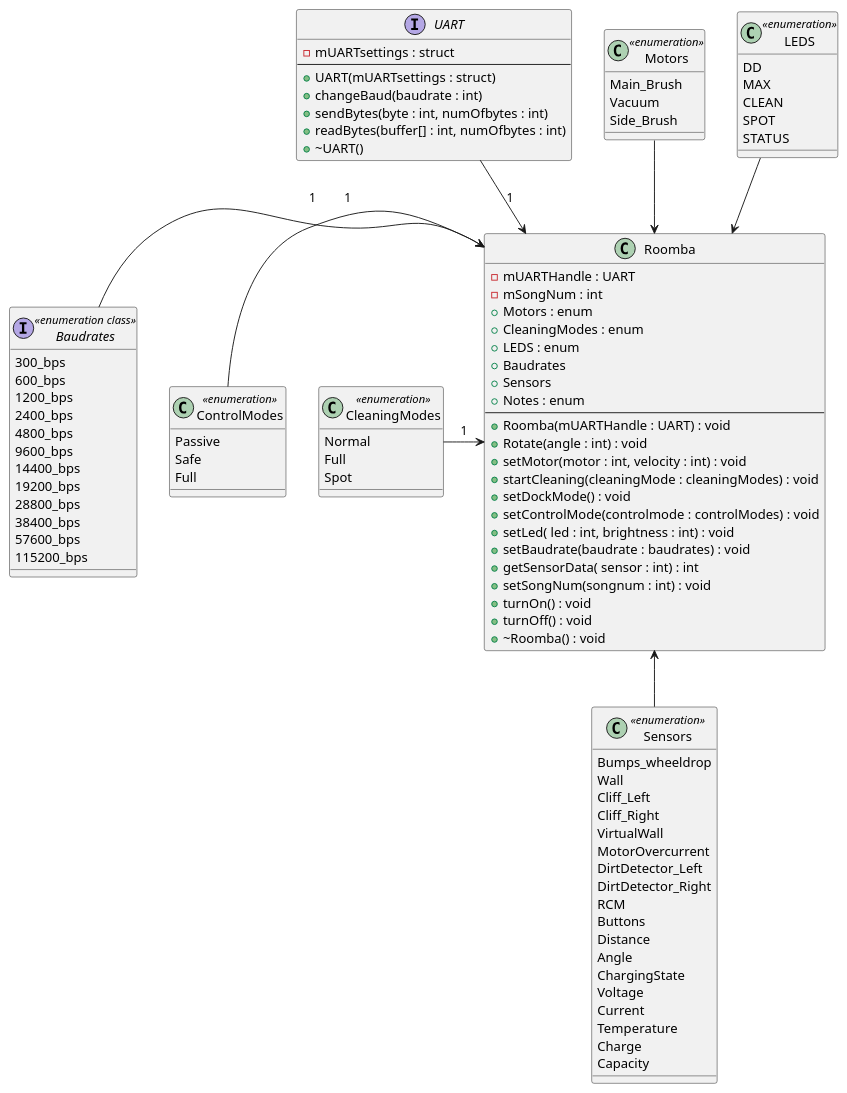
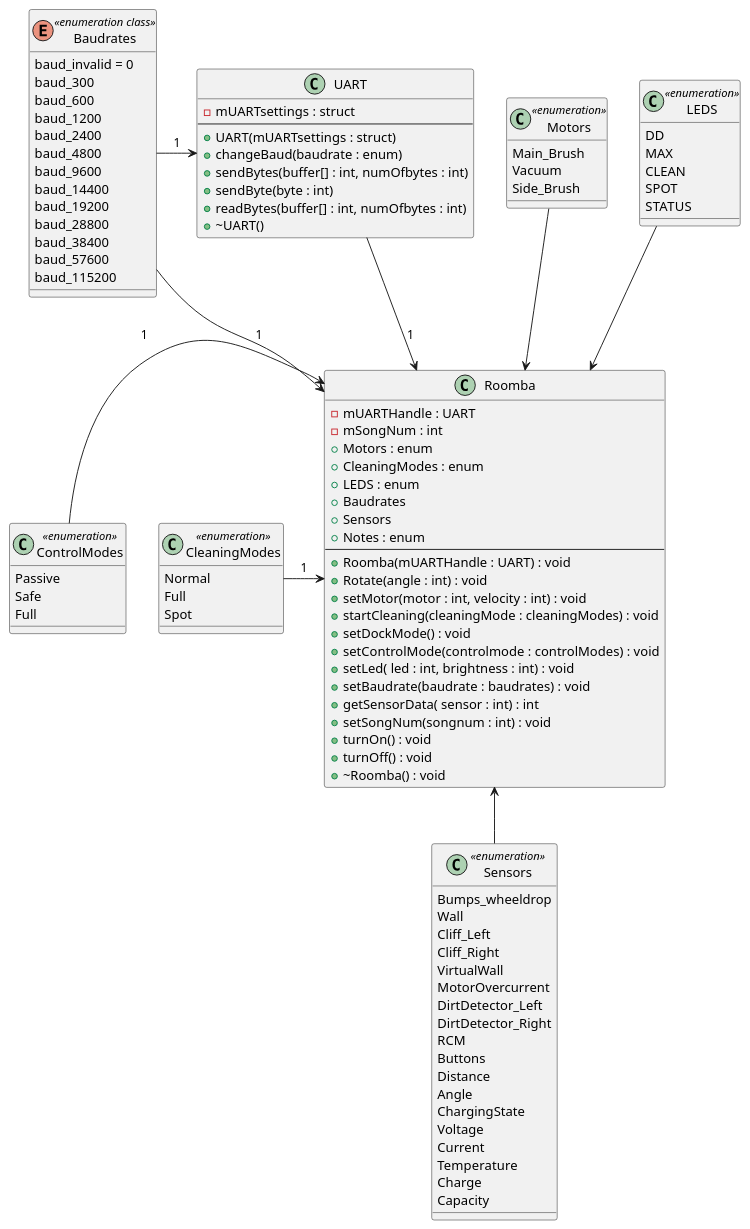
One commit to Hoog-V/Roomba_project_cpp changed the diagram in Documentatie/Diagrammen/Roomba class diagram .puml. Above: the diagram before and after it, drawn with PlantUML.

Commit message:
-enh Fixed UART class and baudrate enum to match code

```diff
--- a/Documentatie/Diagrammen/Roomba class diagram .puml
+++ b/Documentatie/Diagrammen/Roomba class diagram .puml
@@ -1,117 +1,122 @@
 @startuml Roomba
 
 class Roomba 
 class CleaningModes <<enumeration>>
 class LEDS <<enumeration>>
 class Motors <<enumeration>>
 class ControlModes <<enumeration>>
 class Sensors <<enumeration>>
 interface UART
 interface Baudrates <<enumeration class>>
 
 Roomba <-left- CleaningModes : 1
 Roomba <-up- LEDS
 Roomba <-up- Motors 
 Roomba <-left- ControlModes : 1
 Roomba <-down- Sensors
 Roomba <-up- UART : 1
 Roomba <-left- Baudrates : 1
+
+
+UART <-left- Baudrates : 1
 
 class Roomba {
   - mUARTHandle : UART
   - mSongNum : int
   + Motors : enum
   + CleaningModes : enum
   + LEDS : enum
   + Baudrates
   + Sensors
   + Notes : enum
   --
   + Roomba(mUARTHandle : UART) : void
   + Rotate(angle : int) : void
   + setMotor(motor : int, velocity : int) : void
   + startCleaning(cleaningMode : cleaningModes) : void
   + setDockMode() : void
   + setControlMode(controlmode : controlModes) : void
   + setLed( led : int, brightness : int) : void
   + setBaudrate(baudrate : baudrates) : void
   + getSensorData( sensor : int) : int
   + setSongNum(songnum : int) : void
   + turnOn() : void
   + turnOff() : void
   + ~Roomba() : void
 }
 
 class LEDS {
 DD
 MAX
 CLEAN
 SPOT
 STATUS
 }
 
 class Motors {
 Main_Brush
 Vacuum
 Side_Brush
 }
 
-interface Baudrates {
-300_bps
-600_bps
-1200_bps
-2400_bps
-4800_bps
-9600_bps
-14400_bps
-19200_bps
-28800_bps
-38400_bps
-57600_bps
-115200_bps
+enum Baudrates {
+baud_invalid = 0
+baud_300
+baud_600
+baud_1200
+baud_2400
+baud_4800
+baud_9600
+baud_14400
+baud_19200
+baud_28800
+baud_38400
+baud_57600
+baud_115200
 }
 
-interface UART {
+class UART {
 - mUARTsettings : struct
 --
 + UART(mUARTsettings : struct)
-+ changeBaud(baudrate : int)
-+ sendBytes(byte : int, numOfbytes : int)
++ changeBaud(baudrate : enum)
++ sendBytes(buffer[] : int, numOfbytes : int)
++ sendByte(byte : int)
 + readBytes(buffer[] : int, numOfbytes : int)
 + ~UART()
 }
 
 class CleaningModes {
 Normal
 Full
 Spot
 }
 
 class ControlModes {
 Passive
 Safe
 Full
 }
 
 class Sensors {
 Bumps_wheeldrop
 Wall
 Cliff_Left
 Cliff_Right
 VirtualWall
 MotorOvercurrent
 DirtDetector_Left
 DirtDetector_Right
 RCM
 Buttons
 Distance
 Angle
 ChargingState
 Voltage
 Current
 Temperature
 Charge
 Capacity
 }
 
 @enduml
```
